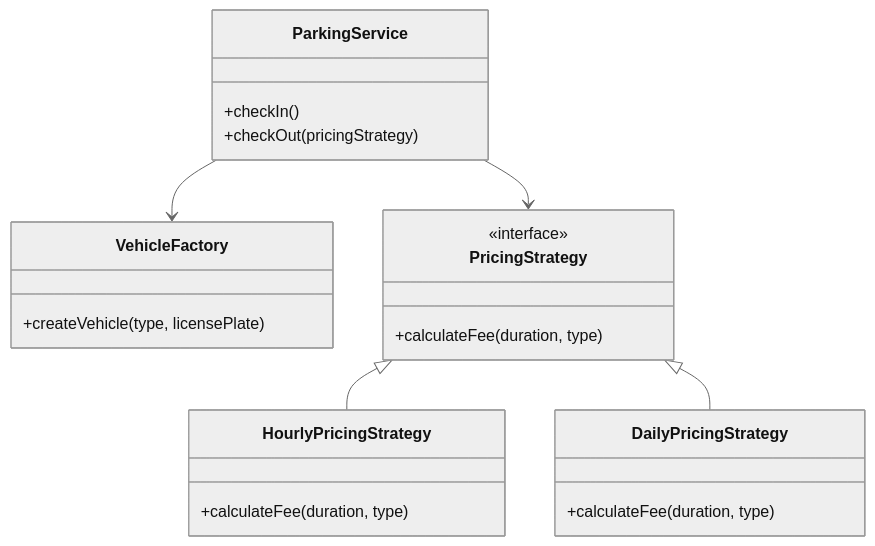
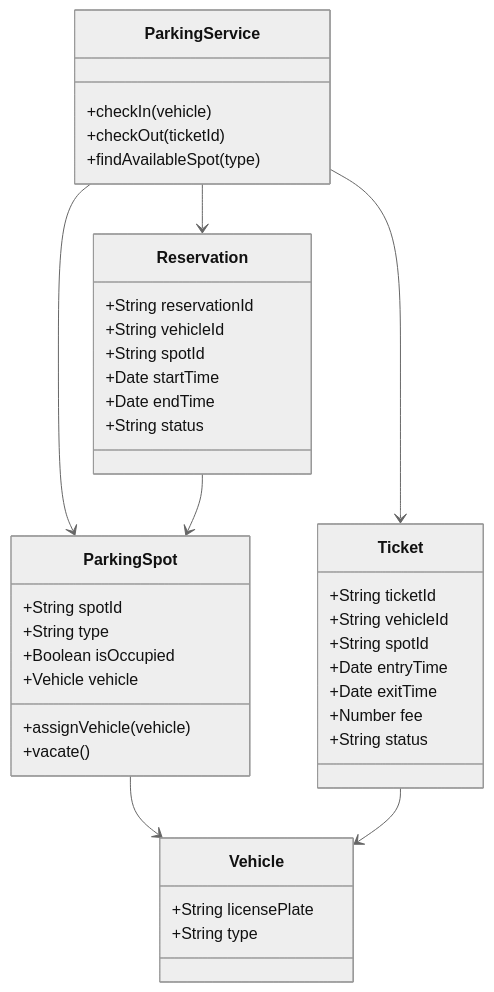
The fourth of 5 diagrams in README.md (SamriddhiAgrawal19/Park-and-ride), drawn with Mermaid (neutral theme) before and after one commit. The commit also changed other lines of this file, not shown here.

````diff
--- a/README.md
+++ b/README.md
@@ -148,25 +148,48 @@
 ```mermaid
 classDiagram
-    class VehicleFactory {
-        +createVehicle(type, licensePlate)
+    class Vehicle {
+        +String licensePlate
+        +String type
     }
-    class PricingStrategy {
-        <<interface>>
-        +calculateFee(duration, type)
+
+    class ParkingSpot {
+        +String spotId
+        +String type
+        +Boolean isOccupied
+        +Vehicle vehicle
+        +assignVehicle(vehicle)
+        +vacate()
     }
-    class HourlyPricingStrategy {
-        +calculateFee(duration, type)
+
+    class Reservation {
+        +String reservationId
+        +String vehicleId
+        +String spotId
+        +Date startTime
+        +Date endTime
+        +String status
     }
-    class DailyPricingStrategy {
-        +calculateFee(duration, type)
+
+    class Ticket {
+        +String ticketId
+        +String vehicleId
+        +String spotId
+        +Date entryTime
+        +Date exitTime
+        +Number fee
+        +String status
     }
-    PricingStrategy <|-- HourlyPricingStrategy
-    PricingStrategy <|-- DailyPricingStrategy
 
     class ParkingService {
-        +checkIn()
-        +checkOut(pricingStrategy)
+        +checkIn(vehicle)
+        +checkOut(ticketId)
+        +findAvailableSpot(type)
     }
-    ParkingService --> PricingStrategy
-    ParkingService --> VehicleFactory
+
+    ParkingService --> ParkingSpot
+    ParkingService --> Reservation
+    ParkingService --> Ticket
+    ParkingSpot --> Vehicle
+    Ticket --> Vehicle
+    Reservation --> ParkingSpot
 ```
````
